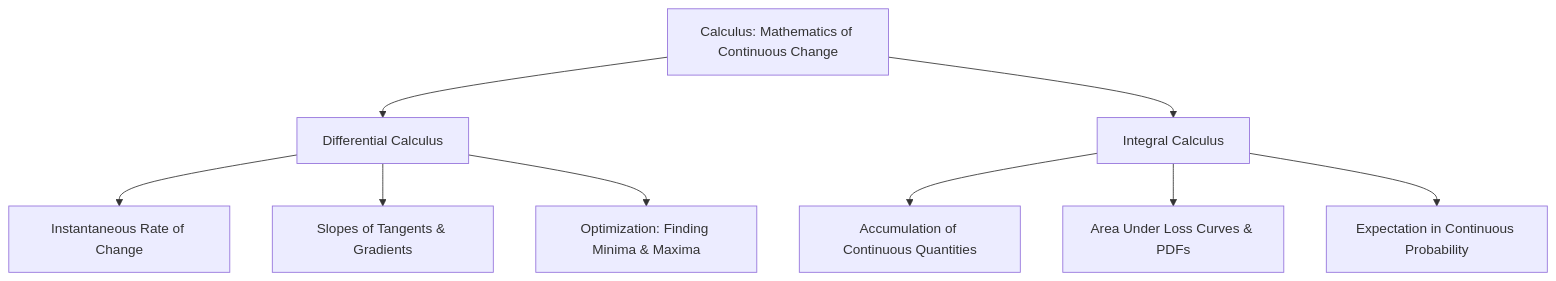
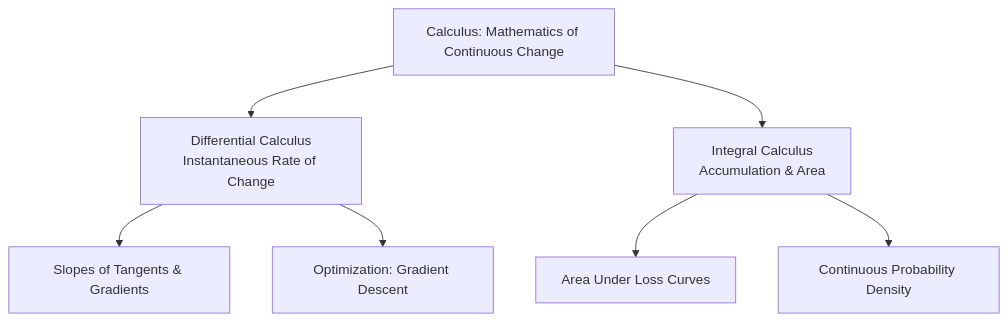
Before and after one commit to S1h2i3v4a/AI_ML: the diagram in lecture_22/Notes_22.01/README.md, drawn with Mermaid. The commit also changed other lines of this file and 156 other files, not shown here.

Commit message:
docs(lectures 22-24): align notes with video lectures, add blackboard diagrams, clean structured functions, and compile vector PDFs

````diff
--- a/lecture_22/Notes_22.01/README.md
+++ b/lecture_22/Notes_22.01/README.md
@@ -19,11 +10,11 @@
 ```mermaid
-graph TD
-    A["Calculus: Mathematics of Continuous Change"] --> B["Differential Calculus"]
-    A --> C["Integral Calculus"]
-    B --> D["Instantaneous Rate of Change"]
-    B --> E["Slopes of Tangents & Gradients"]
-    B --> F["Optimization: Finding Minima & Maxima"]
-    C --> G["Accumulation of Continuous Quantities"]
-    C --> H["Area Under Loss Curves & PDFs"]
-    C --> I["Expectation in Continuous Probability"]
+flowchart TD
+    Calc["Calculus: Mathematics of Continuous Change"] --> Diff["Differential Calculus<br/>Instantaneous Rate of Change"]
+    Calc --> Int["Integral Calculus<br/>Accumulation & Area"]
+
+    Diff --> Slopes["Slopes of Tangents & Gradients"]
+    Diff --> Opt["Optimization: Gradient Descent"]
+
+    Int --> Area["Area Under Loss Curves"]
+    Int --> Prob["Continuous Probability Density"]
 ```
````
